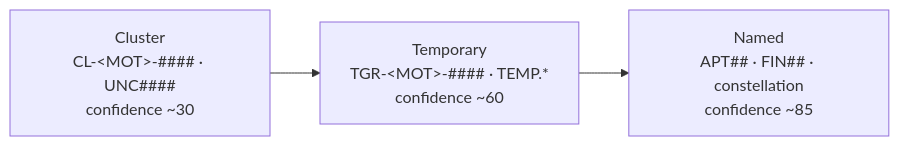
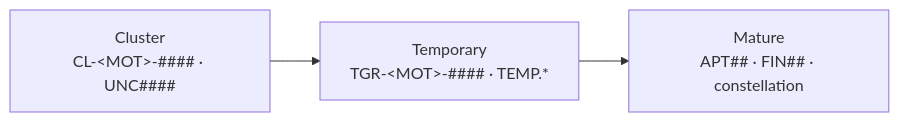
The second of 2 diagrams in docs/Vocabularies.md (CTI-Center/PatchWork), drawn with Mermaid before and after one commit. The commit also changed other lines of this file and 32 other files, not shown here.

````diff
--- a/docs/Vocabularies.md
+++ b/docs/Vocabularies.md
@@ -335,4 +287,4 @@
 ```mermaid
 flowchart LR
-  C["Cluster<br/>CL-&lt;MOT&gt;-#### · UNC####<br/>confidence ~30"] --> T["Temporary<br/>TGR-&lt;MOT&gt;-#### · TEMP.*<br/>confidence ~60"] --> N["Named<br/>APT## · FIN## · constellation<br/>confidence ~85"]
+  C["Cluster<br/>CL-&lt;MOT&gt;-#### · UNC####"] --> T["Temporary<br/>TGR-&lt;MOT&gt;-#### · TEMP.*"] --> N["Mature<br/>APT## · FIN## · constellation"]
 ```
````
